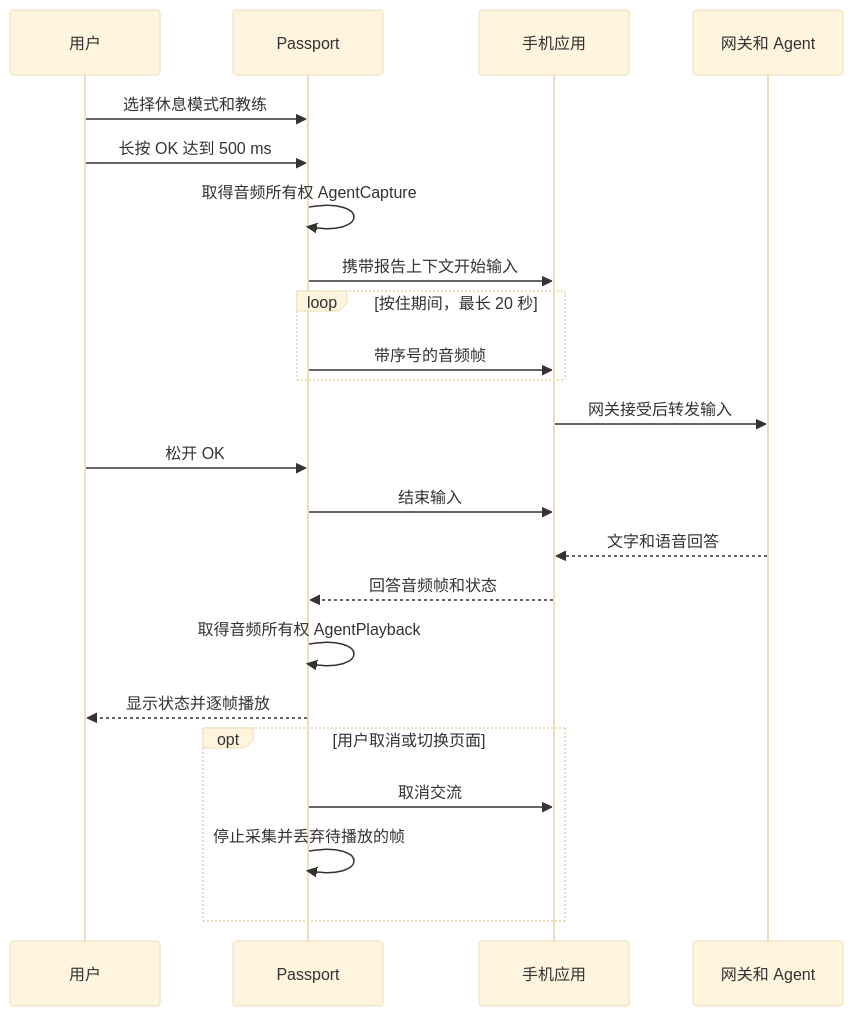
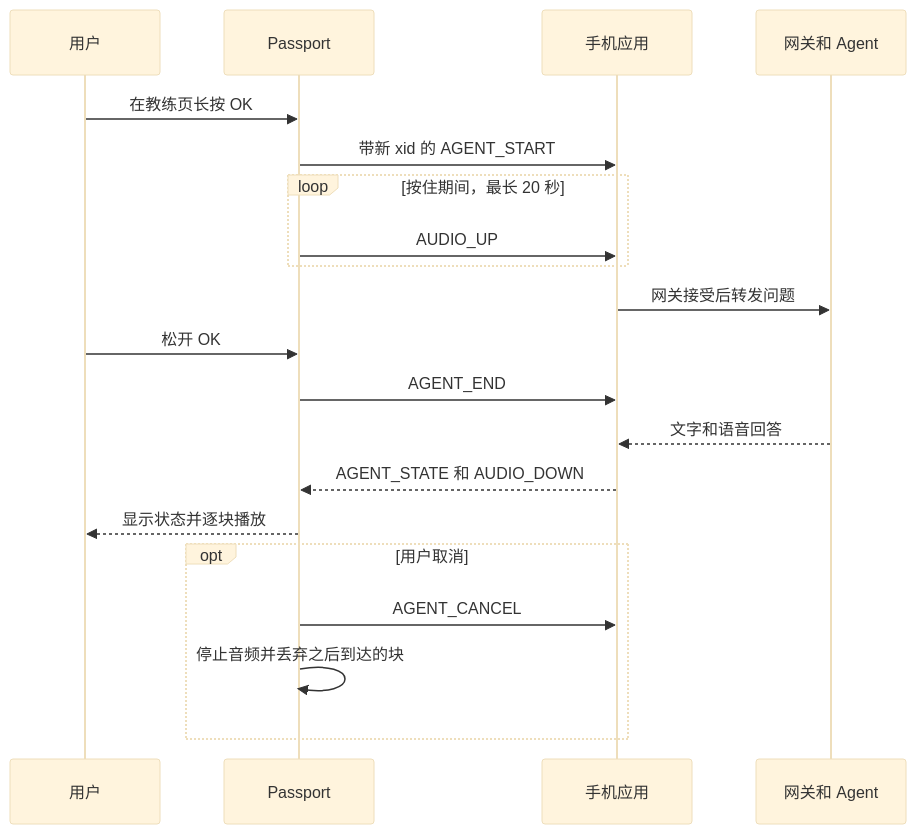
The second of 2 diagrams in 需求文件夹/02-architecture.zh_CN.md (Azuresword/Heygo-AiPassport), drawn with Mermaid (base theme) before and after one commit. The commit also changed other lines of this file and 17 other files, not shown here.

````diff
--- a/需求文件夹/02-architecture.zh_CN.md
+++ b/需求文件夹/02-architecture.zh_CN.md
@@ -405,25 +128,22 @@
 ```mermaid
 sequenceDiagram
     participant U as 用户
     participant P as Passport
     participant A as 手机应用
     participant G as 网关和 Agent
-    U->>P: 选择休息模式和教练
-    U->>P: 长按 OK 达到 500 ms
-    P->>P: 取得音频所有权 AgentCapture
-    P->>A: 携带报告上下文开始输入
+    U->>P: 在教练页长按 OK
+    P->>A: 带新 xid 的 AGENT_START
     loop 按住期间，最长 20 秒
-        P->>A: 带序号的音频帧
+        P->>A: AUDIO_UP
     end
-    A->>G: 网关接受后转发输入
+    A->>G: 网关接受后转发问题
     U->>P: 松开 OK
-    P->>A: 结束输入
+    P->>A: AGENT_END
     G-->>A: 文字和语音回答
-    A-->>P: 回答音频帧和状态
-    P->>P: 取得音频所有权 AgentPlayback
-    P-->>U: 显示状态并逐帧播放
-    opt 用户取消或切换页面
-        P->>A: 取消交流
-        P->>P: 停止采集并丢弃待播放的帧
+    A-->>P: AGENT_STATE 和 AUDIO_DOWN
+    P-->>U: 显示状态并逐块播放
+    opt 用户取消
+        P->>A: AGENT_CANCEL
+        P->>P: 停止音频并丢弃之后到达的块
     end
 ```
````
